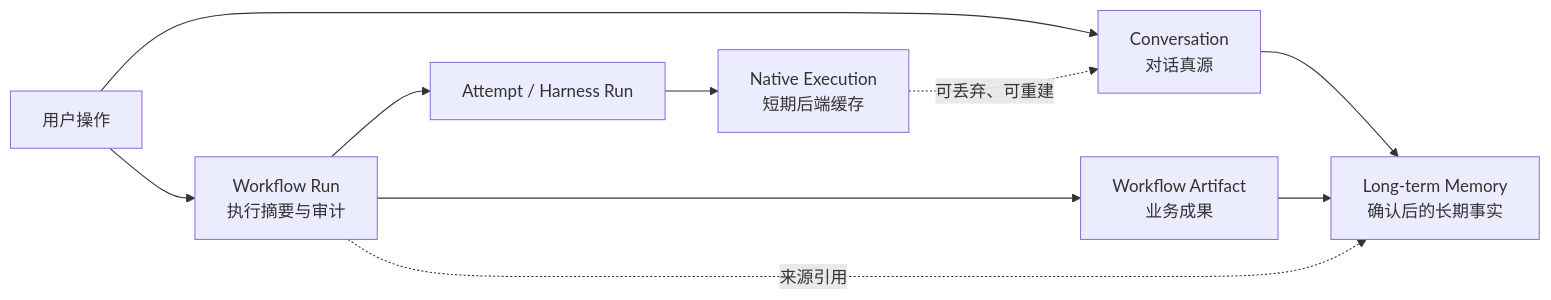
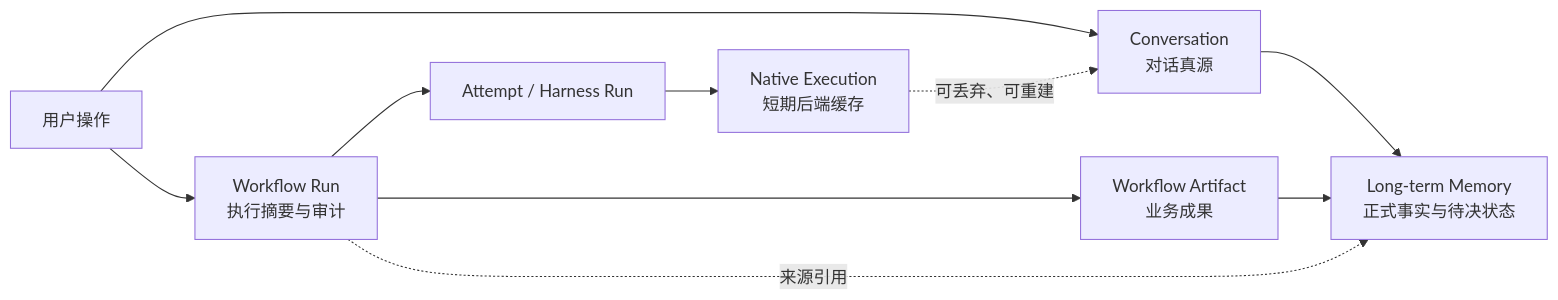
The diagram in docs/implementation/harness-record-lifecycle.md (AKin-lvyifang/codex-echoink), drawn with Mermaid before and after one commit. The commit also changed other lines of this file and 12 other files, not shown here.

````diff
--- a/docs/implementation/harness-record-lifecycle.md
+++ b/docs/implementation/harness-record-lifecycle.md
@@ -86,12 +86,12 @@
 ```mermaid
 flowchart LR
     U["用户操作"] --> C["Conversation<br/>对话真源"]
     U --> W["Workflow Run<br/>执行摘要与审计"]
     W --> A["Attempt / Harness Run"]
     A --> N["Native Execution<br/>短期后端缓存"]
     W --> F["Workflow Artifact<br/>业务成果"]
-    C --> M["Long-term Memory<br/>确认后的长期事实"]
+    C --> M["Long-term Memory<br/>正式事实与待决状态"]
     F --> M
     W -. "来源引用" .-> M
     N -. "可丢弃、可重建" .-> C
 ```
````
